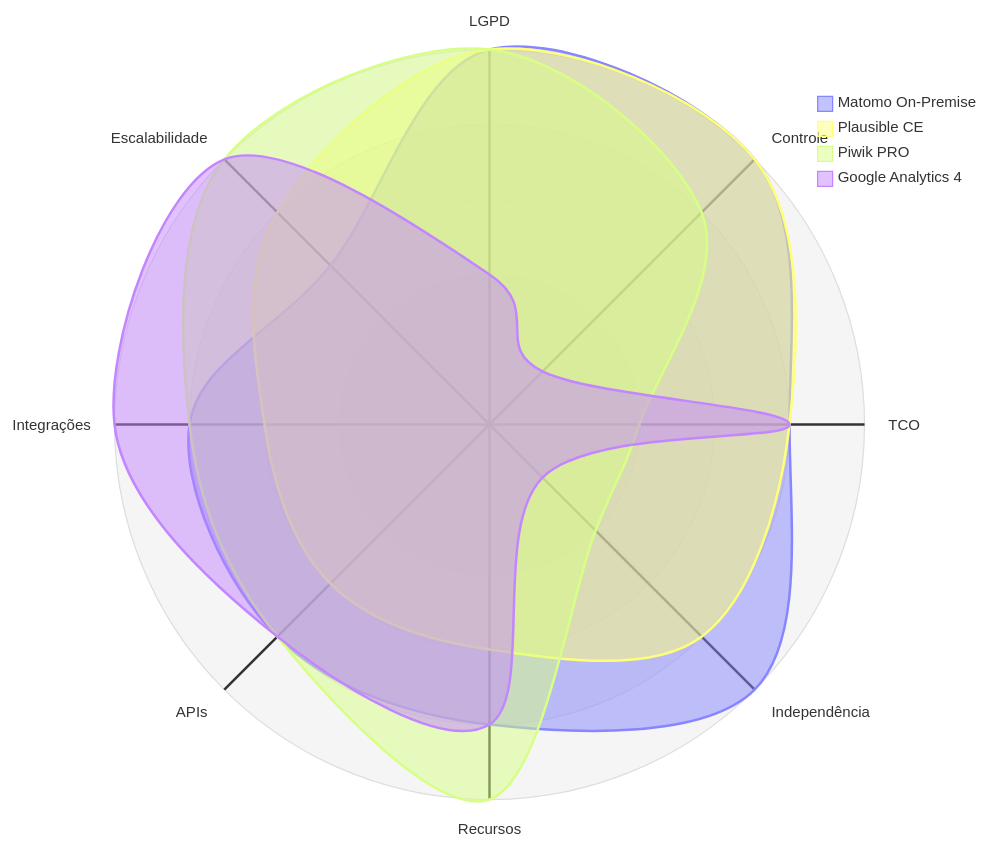
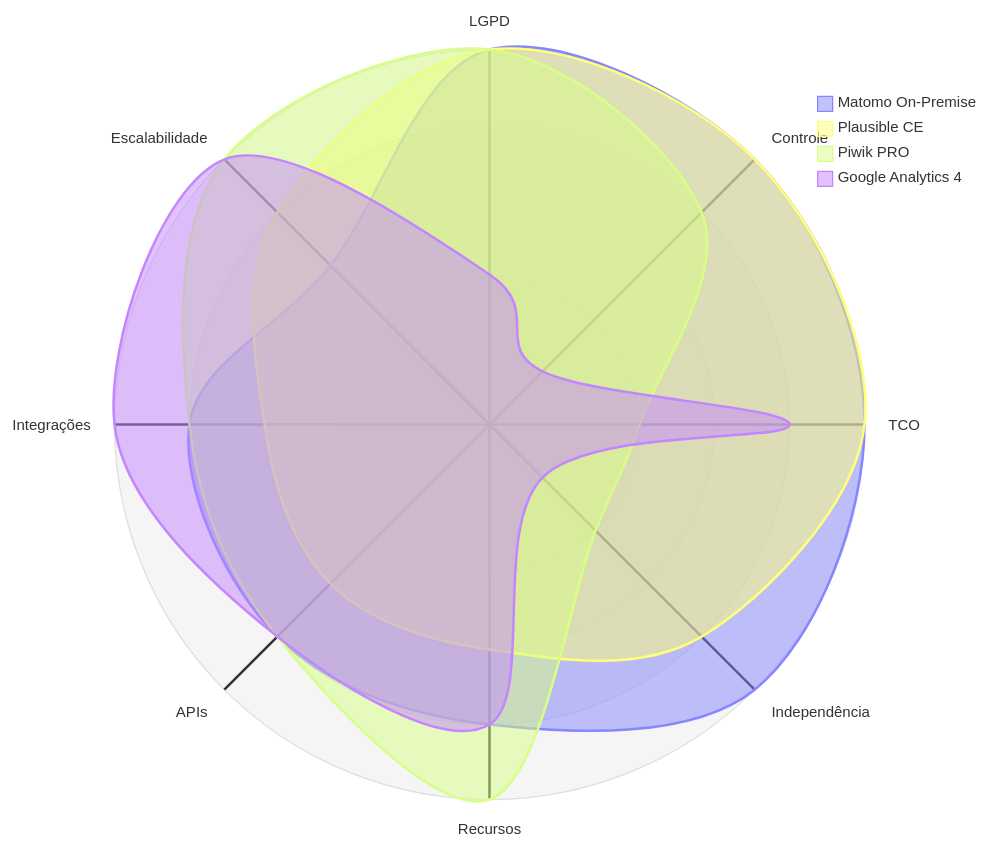
One commit to fabioramos-02/tradeoff-analytics changed the second of 2 diagrams in docs/07-matriz-decisao.md. Above: the diagram before and after it, drawn with Mermaid. The commit also changed other lines of this file and 14 other files, not shown here.

````diff
--- a/docs/07-matriz-decisao.md
+++ b/docs/07-matriz-decisao.md
@@ -134,10 +134,10 @@
 ```mermaid
 radar-beta
   axis lgpd["LGPD"], ctrl["Controle"], tco["TCO"], indep["Independência"], rec["Recursos"], api["APIs"], integ["Integrações"], esc["Escalabilidade"]
-  curve matomo["Matomo On-Premise"]{5, 5, 4, 5, 4, 4, 4, 3}
-  curve plausible["Plausible CE"]{5, 5, 4, 4, 3, 3, 3, 4}
+  curve matomo["Matomo On-Premise"]{5, 5, 5, 5, 4, 4, 4, 3}
+  curve plausible["Plausible CE"]{5, 5, 5, 4, 3, 3, 3, 4}
   curve piwik["Piwik PRO"]{5, 4, 2, 2, 5, 4, 4, 5}
   curve ga4["Google Analytics 4"]{2, 1, 4, 1, 4, 4, 5, 5}
   max 5
   min 0
 ```
````
